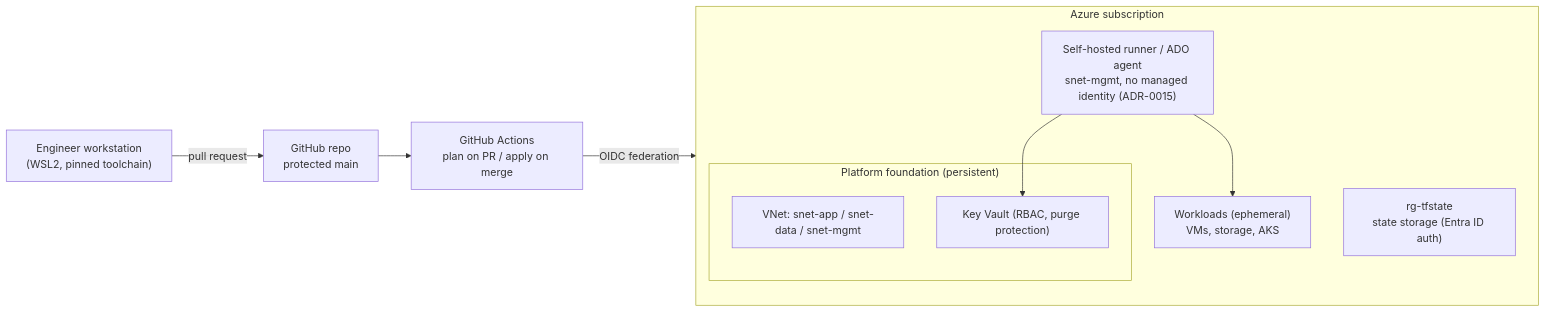
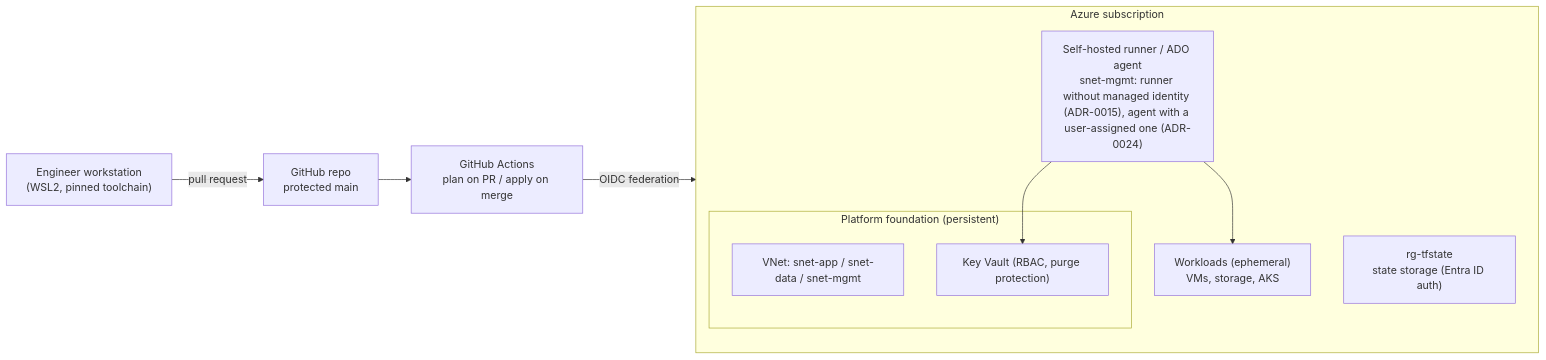
The diagram in README.md (teegalaajay/azure-platform-engineering), drawn with Mermaid before and after one commit. The commit also changed 30 other files, not shown here.

First line of the commit message:
feat(platform): add the self-hosted Azure DevOps agent (#32)

````diff
--- a/README.md
+++ b/README.md
@@ -26,17 +26,17 @@
 ```mermaid
 flowchart LR
   dev["Engineer workstation<br/>(WSL2, pinned toolchain)"] -->|pull request| gh["GitHub repo<br/>protected main"]
   gh --> gha["GitHub Actions<br/>plan on PR / apply on merge"]
   gha -->|OIDC federation| az
   subgraph az["Azure subscription"]
     state["rg-tfstate<br/>state storage (Entra ID auth)"]
     subgraph found["Platform foundation (persistent)"]
       vnet["VNet: snet-app / snet-data / snet-mgmt"]
       kv["Key Vault (RBAC, purge protection)"]
     end
-    runner["Self-hosted runner / ADO agent<br/>snet-mgmt, no managed identity (ADR-0015)"]
+    runner["Self-hosted runner / ADO agent<br/>snet-mgmt: runner without managed identity (ADR-0015), agent with a user-assigned one (ADR-0024)"]
     wl["Workloads (ephemeral)<br/>VMs, storage, AKS"]
   end
   runner --> wl
   runner --> kv
 ```
````
